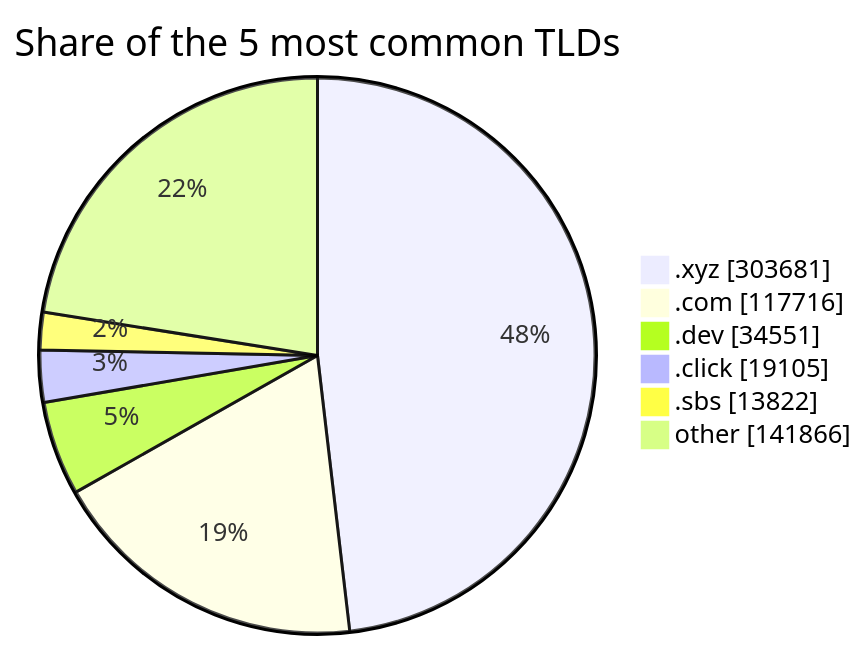
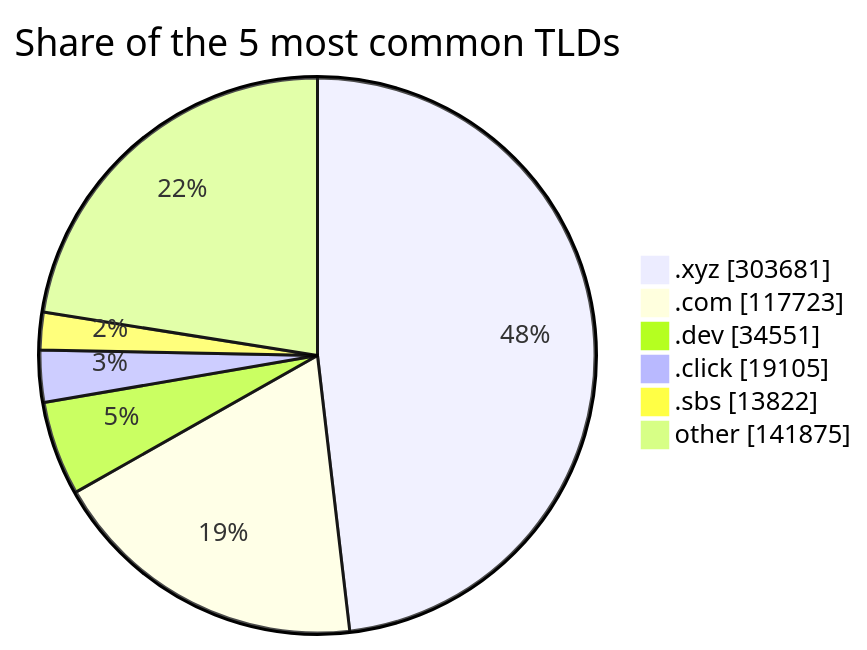
Before and after one commit to DNSBunker/CTI: the third of 3 diagrams in README.md, drawn with Mermaid. The commit also changed other lines of this file and 3 other files, not shown here.

````diff
--- a/README.md
+++ b/README.md
@@ -81,9 +81,9 @@
 ```mermaid
 pie showData title Share of the 5 most common TLDs
     ".xyz" : 303681
-    ".com" : 117716
+    ".com" : 117723
     ".dev" : 34551
     ".click" : 19105
     ".sbs" : 13822
-    "other" : 141866
+    "other" : 141875
 ```
````
